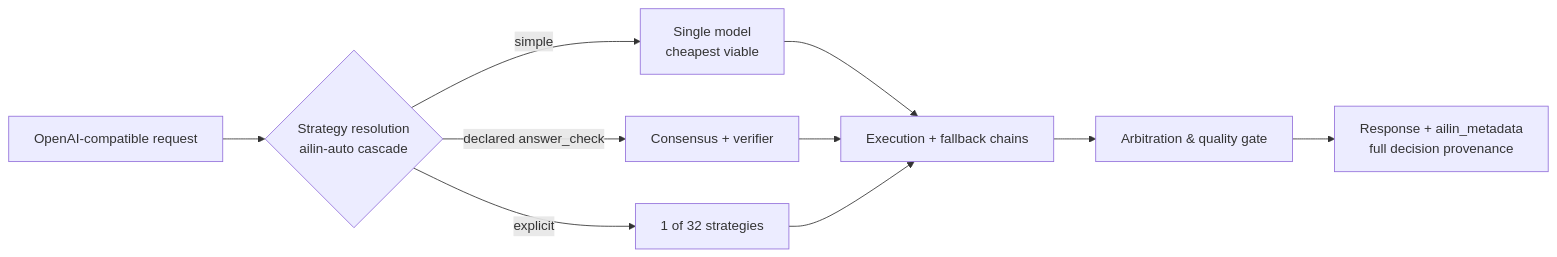
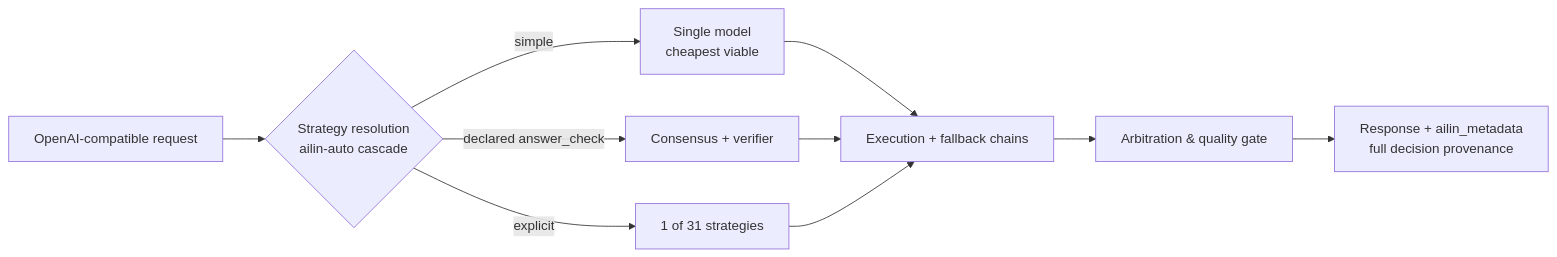
The second of 2 diagrams in README.de.md (ailinone/collective-intelligence), drawn with Mermaid before and after one commit. The commit also changed other lines of this file and 8 other files, not shown here.

````diff
--- a/README.de.md
+++ b/README.de.md
@@ -292,12 +297,12 @@
 ```mermaid
 flowchart LR
     A[OpenAI-compatible request] --> B{Strategy resolution<br/>ailin-auto cascade}
     B -->|simple| C[Single model<br/>cheapest viable]
     B -->|declared answer_check| D[Consensus + verifier]
-    B -->|explicit| E[1 of 32 strategies]
+    B -->|explicit| E[1 of 31 strategies]
     C --> F[Execution + fallback chains]
     D --> F
     E --> F
     F --> G[Arbitration & quality gate]
     G --> H[Response + ailin_metadata<br/>full decision provenance]
 ```
````
